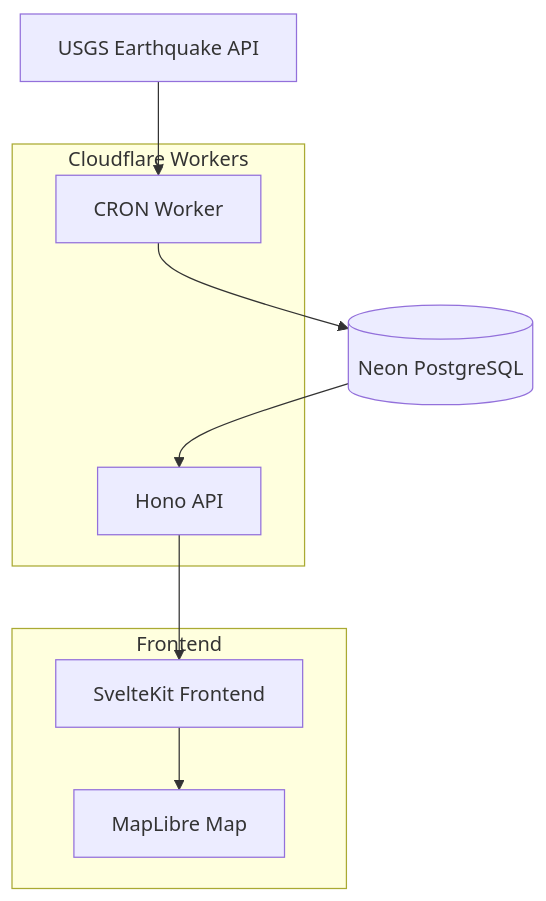
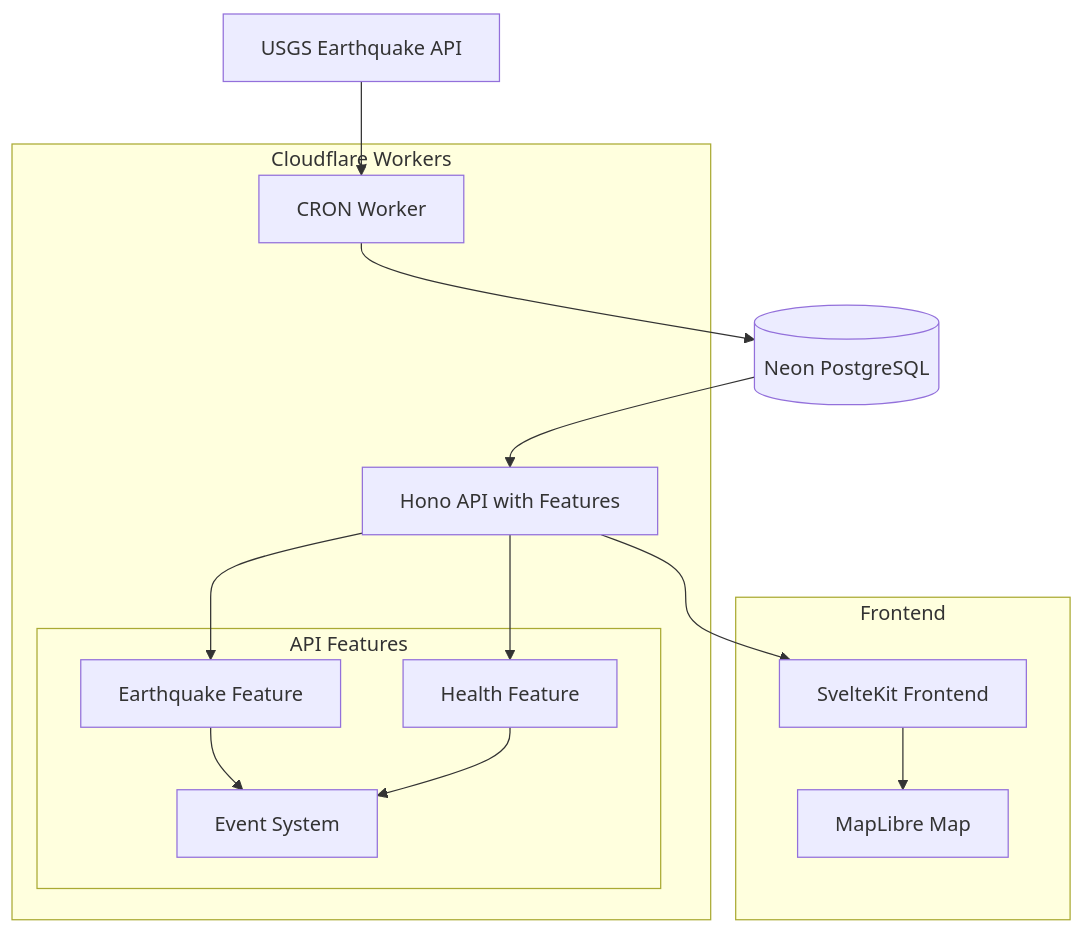
The diagram in docs/ARCHITECTURE.md (ivanmaierg/QuakeMap), drawn with Mermaid before and after one commit. The commit also changed other lines of this file and 9 other files, not shown here.

````diff
--- a/docs/ARCHITECTURE.md
+++ b/docs/ARCHITECTURE.md
@@ -58,18 +108,28 @@
 ```mermaid
 graph TB
     USGS[USGS Earthquake API] --> CRON[CRON Worker]
     CRON --> DB[(Neon PostgreSQL)]
-    DB --> API[Hono API]
+    DB --> API[Hono API with Features]
     API --> WEB[SvelteKit Frontend]
     WEB --> MAP[MapLibre Map]
     
     subgraph "Cloudflare Workers"
         CRON
         API
+        subgraph "API Features"
+            EQ[Earthquake Feature]
+            HEALTH[Health Feature]
+            EVENTS[Event System]
+        end
     end
     
     subgraph "Frontend"
         WEB
         MAP
     end
+    
+    API --> EQ
+    API --> HEALTH
+    EQ --> EVENTS
+    HEALTH --> EVENTS
 ```
````
